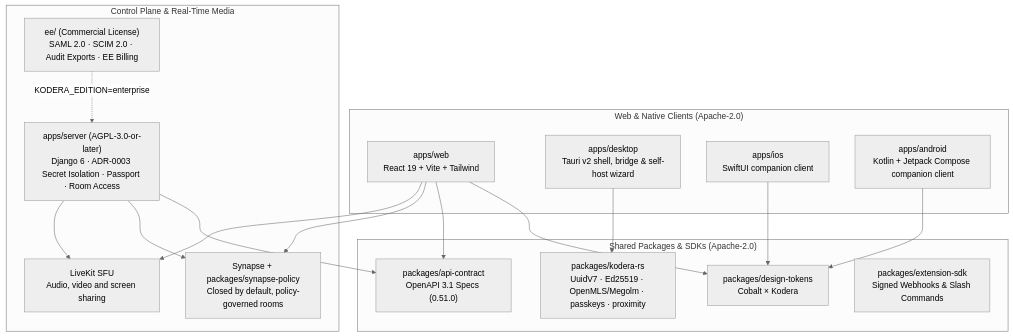
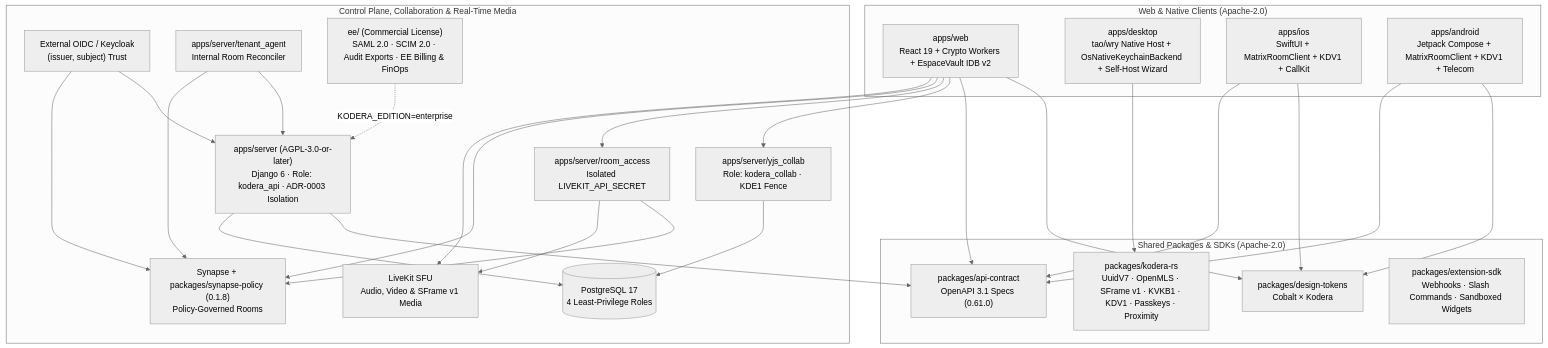
The diagram in README.md (kodera-hq/kodera), drawn with Mermaid (neutral theme) before and after one commit. The commit also changed other lines of this file and 259 other files, not shown here.

````diff
--- a/README.md
+++ b/README.md
@@ -87,42 +89,39 @@
 ```mermaid
 flowchart TB
   subgraph Clients["Web & Native Clients (Apache-2.0)"]
-    WEB["`apps/web
-React 19 + Vite + Tailwind`"]
-    DESK["`apps/desktop
-Tauri v2 shell, bridge & self-host wizard`"]
-    IOS["`apps/ios
-SwiftUI companion client`"]
-    AND["`apps/android
-Kotlin + Jetpack Compose companion client`"]
+    WEB["apps/web<br/>React 19 + Crypto Workers + EspaceVault IDB v2"]
+    DESK["apps/desktop<br/>tao/wry Native Host + OsNativeKeychainBackend + Self-Host Wizard"]
+    IOS["apps/ios<br/>SwiftUI + MatrixRoomClient + KDV1 + CallKit"]
+    AND["apps/android<br/>Jetpack Compose + MatrixRoomClient + KDV1 + Telecom"]
   end
 
   subgraph Shared["Shared Packages & SDKs (Apache-2.0)"]
-    RS["`packages/kodera-rs
-UuidV7 · Ed25519 · OpenMLS/Megolm · passkeys · proximity`"]
-    TOK["`packages/design-tokens
-Cobalt × Kodera`"]
-    API["`packages/api-contract
-OpenAPI 3.1 Specs (0.51.0)`"]
-    SDK["`packages/extension-sdk
-Signed Webhooks & Slash Commands`"]
+    RS["packages/kodera-rs<br/>UuidV7 · OpenMLS · SFrame v1 · KVKB1 · KDV1 · Passkeys · Proximity"]
+    TOK["packages/design-tokens<br/>Cobalt × Kodera"]
+    API["packages/api-contract<br/>OpenAPI 3.1 Specs (0.61.0)"]
+    SDK["packages/extension-sdk<br/>Webhooks · Slash Commands · Sandboxed Widgets"]
   end
 
-  subgraph Backend["Control Plane & Real-Time Media"]
-    SRV["`apps/server (AGPL-3.0-or-later)
-Django 6 · ADR-0003 Secret Isolation · Passport · Room Access`"]
-    SYN["`Synapse + packages/synapse-policy
-Closed by default, policy-governed rooms`"]
-    LK["`LiveKit SFU
-Audio, video and screen sharing`"]
-    EE["`ee/ (Commercial License)
-SAML 2.0 · SCIM 2.0 · Audit Exports · EE Billing`"]
+  subgraph Backend["Control Plane, Collaboration & Real-Time Media"]
+    OIDC["External OIDC / Keycloak<br/>(issuer, subject) Trust"]
+    SRV["apps/server (AGPL-3.0-or-later)<br/>Django 6 · Role: kodera_api · ADR-0003 Isolation"]
+    YJS["apps/server/yjs_collab<br/>Role: kodera_collab · KDE1 Fence"]
+    RA["apps/server/room_access<br/>Isolated LIVEKIT_API_SECRET"]
+    TA["apps/server/tenant_agent<br/>Internal Room Reconciler"]
+    PG[("PostgreSQL 17<br/>4 Least-Privilege Roles")]
+    SYN["Synapse + packages/synapse-policy (0.1.8)<br/>Policy-Governed Rooms"]
+    LK["LiveKit SFU<br/>Audio, Video & SFrame v1 Media"]
+    EE["ee/ (Commercial License)<br/>SAML 2.0 · SCIM 2.0 · Audit Exports · EE Billing & FinOps"]
   end
 
-  WEB --> TOK & API
+  OIDC --> SRV & SYN
+  WEB --> TOK & API & YJS & RA
   WEB --> SYN & LK
   DESK --> RS
-  IOS & AND --> TOK
-  SRV --> API & SYN & LK
+  IOS & AND --> TOK & API
+  SRV --> API & PG
+  YJS --> PG
+  TA --> SRV & SYN
+  RA --> SYN & LK
   EE -. "KODERA_EDITION=enterprise" .-> SRV
 ```
````
